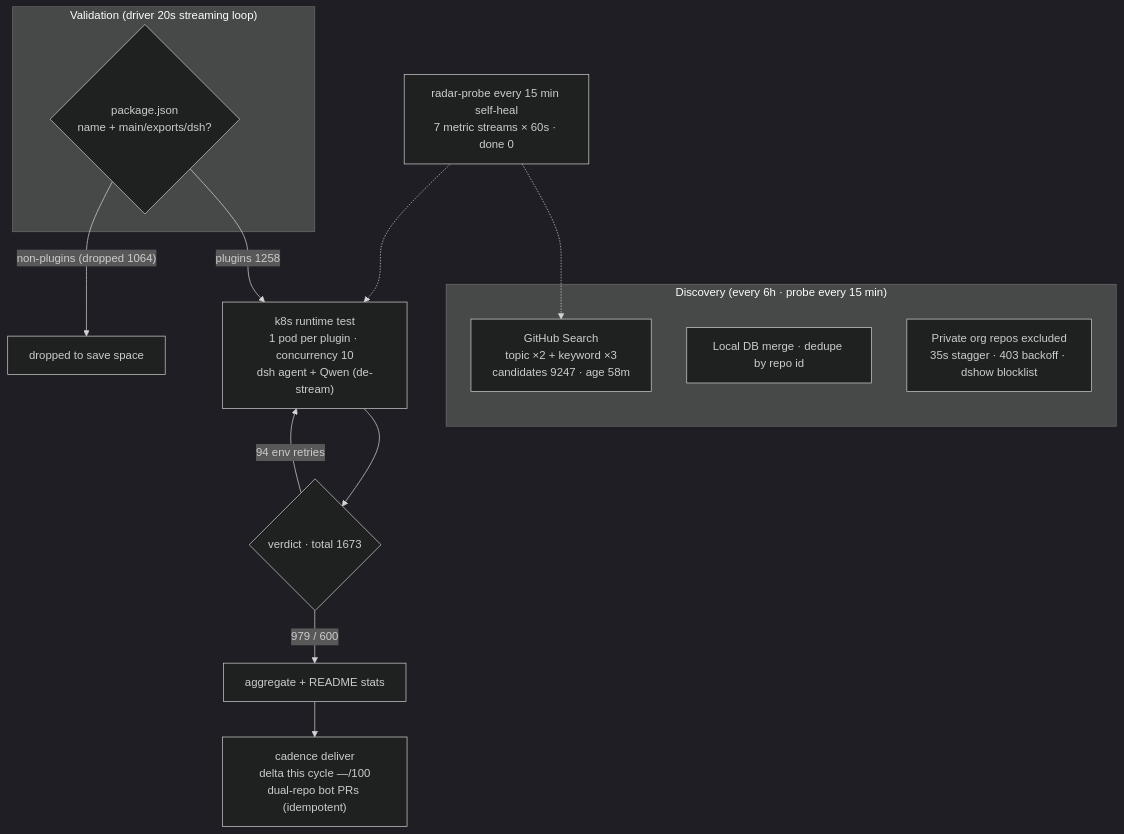
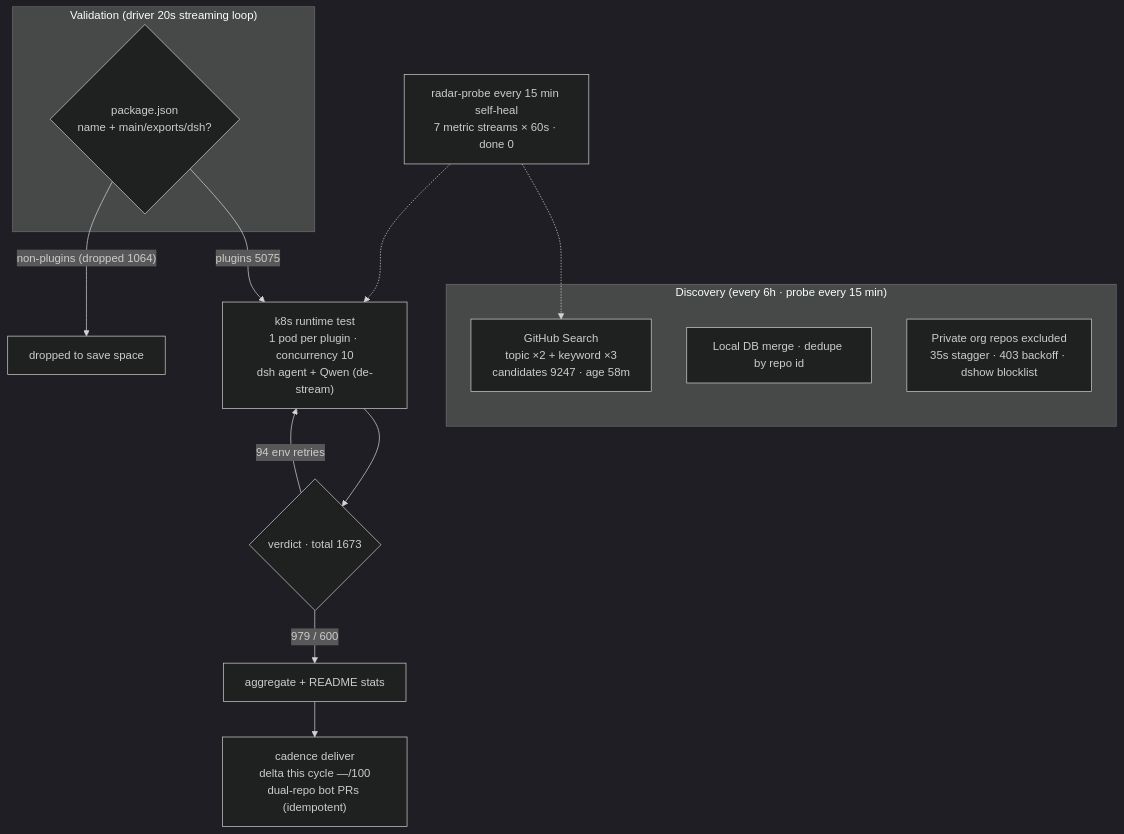
The diagram in README.en-US.md (AdamPlatin123/awesome-dsh-plugins), drawn with Mermaid (dark theme) before and after one commit. The commit also changed other lines of this file and 2 other files, not shown here.

Commit message:
fix: 收录数手动切至引擎分类口径（5075=08-17 引擎 classification.plugin 实读值）——临时止血，服务端 gen-snapshot-v2.py 补丁打上后转为逐轮活值

````diff
--- a/README.en-US.md
+++ b/README.en-US.md
@@ -30,19 +30,19 @@
 ```mermaid
 flowchart TB
     subgraph Discovery[" Discovery (every 6h · probe every 15 min)"]
         A1["GitHub Search<br/>topic ×2 + keyword ×3<br/>candidates 9247 · age 58m"]
         A2["Local DB merge · dedupe by repo id"]
         A3[" Private org repos excluded<br/>35s stagger · 403 backoff · dshow blocklist"]
     end
     subgraph Validation[" Validation (driver 20s streaming loop)"]
         B1{"package.json<br/>name + main/exports/dsh?"}
     end
-    B1 -->|"plugins 1258"| C1["k8s runtime test<br/>1 pod per plugin · concurrency 10<br/>dsh agent + Qwen (de-stream)"]
+    B1 -->|"plugins 5075"| C1["k8s runtime test<br/>1 pod per plugin · concurrency 10<br/>dsh agent + Qwen (de-stream)"]
     B1 -->|"non-plugins (dropped 1064)"| B3[" dropped to save space"]
     C1 --> D1{"verdict · total 1673"}
     D1 -->|" 979 /  600"| E1["aggregate + README stats"]
     D1 -->|" 94 env retries"| C1
     E1 --> E2["cadence deliver<br/>delta this cycle —/100<br/>dual-repo bot PRs (idempotent)"]
     M[" radar-probe every 15 min self-heal<br/>7 metric streams × 60s · done 0"] -.-> A1
     M -.-> C1
 ```
````
